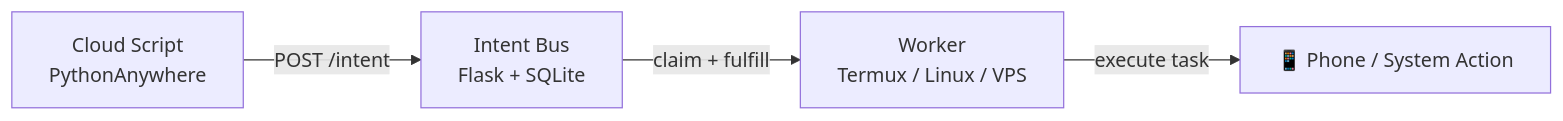
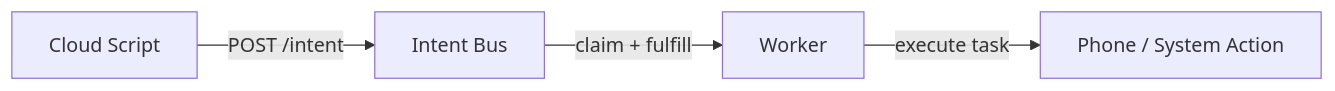
Before and after one commit to bhardwajRahul/Intent-Bus: the diagram in README.md, drawn with Mermaid. The commit also changed other lines of this file and 6 other files, not shown here.

````diff
--- a/README.md
+++ b/README.md
@@ -39,7 +42,6 @@
 ```mermaid
 graph LR
-    A["Cloud Script <br/> PythonAnywhere"] -->|POST /intent| B["Intent Bus <br/> Flask + SQLite"]
-    B -->|claim + fulfill| C["Worker <br/> Termux / Linux / VPS"]
-    C -->|execute task| D["📱 Phone / System Action"]
-
+    A[Cloud Script] -->|POST /intent| B[Intent Bus]
+    B -->|claim + fulfill| C[Worker]
+    C -->|execute task| D[Phone / System Action]
 ```
````
